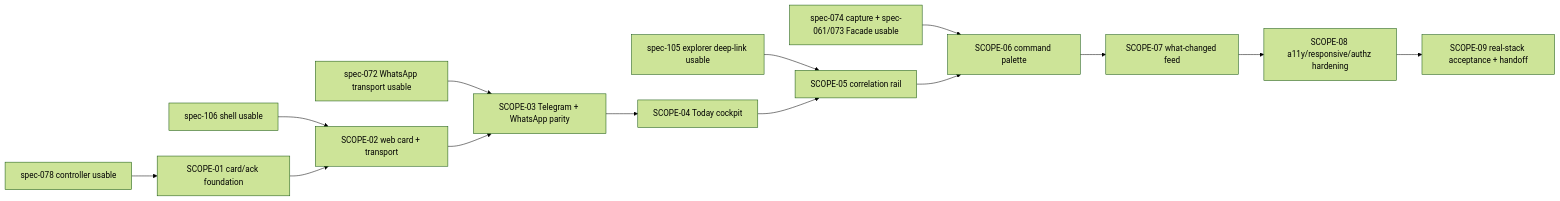
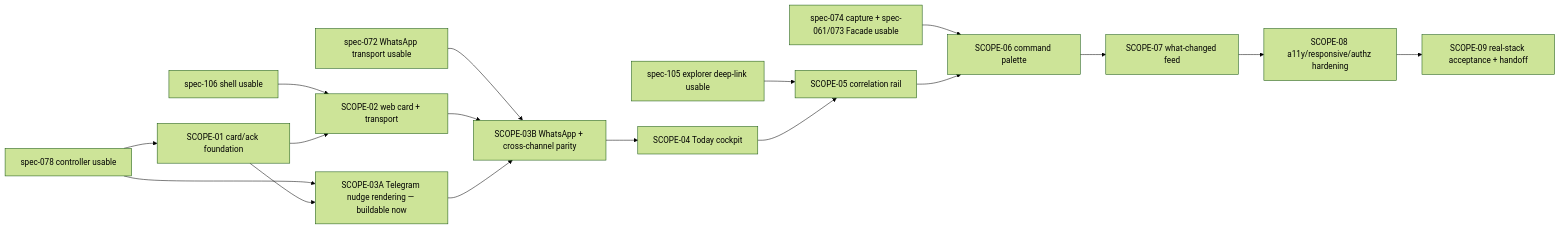
The diagram in specs/107-proactive-correlated-experience/scopes/_index.md (pkirsanov/smackerel), drawn with Mermaid (forest theme) before and after one commit. The commit also changed other lines of this file and 20 other files, not shown here.

````diff
--- a/specs/107-proactive-correlated-experience/scopes/_index.md
+++ b/specs/107-proactive-correlated-experience/scopes/_index.md
@@ -48,16 +50,19 @@
 ```mermaid
 flowchart LR
   D078[spec-078 controller usable] --> S01
+  D078 --> S03A
   D106[spec-106 shell usable] --> S02
-  D072[spec-072 WhatsApp transport usable] --> S03
+  D072[spec-072 WhatsApp transport usable] --> S03B
   D105[spec-105 explorer deep-link usable] --> S05
   D074[spec-074 capture + spec-061/073 Facade usable] --> S06
   S01[SCOPE-01 card/ack foundation] --> S02[SCOPE-02 web card + transport]
-  S02 --> S03[SCOPE-03 Telegram + WhatsApp parity]
-  S03 --> S04[SCOPE-04 Today cockpit]
+  S01 --> S03A[SCOPE-03A Telegram nudge rendering — buildable now]
+  S02 --> S03B[SCOPE-03B WhatsApp + cross-channel parity]
+  S03A --> S03B
+  S03B --> S04[SCOPE-04 Today cockpit]
   S04 --> S05[SCOPE-05 correlation rail]
   S05 --> S06[SCOPE-06 command palette]
   S06 --> S07[SCOPE-07 what-changed feed]
   S07 --> S08[SCOPE-08 a11y/responsive/authz hardening]
   S08 --> S09[SCOPE-09 real-stack acceptance + handoff]
 ```
````
